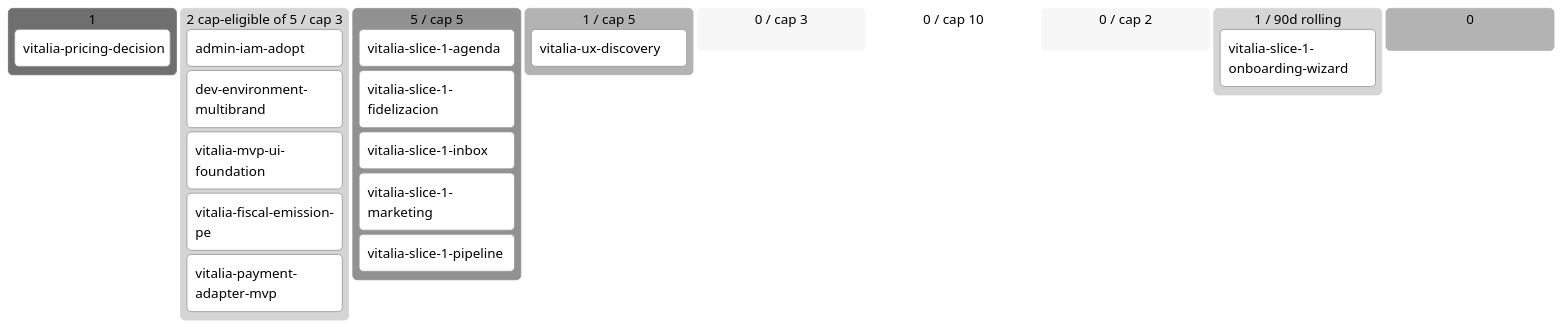
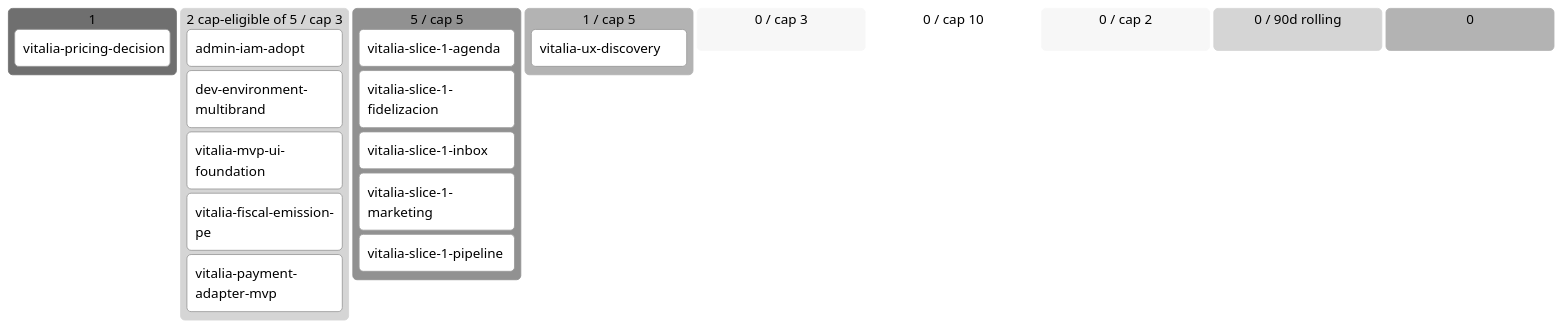
One commit to alpaca-purpura/luana-platform changed the diagram in vitalia/docs/product/BACKLOG.md. Above: the diagram before and after it, drawn with Mermaid (neutral theme). The commit also changed other lines of this file and 242 other files, not shown here.

````diff
--- a/vitalia/docs/product/BACKLOG.md
+++ b/vitalia/docs/product/BACKLOG.md
@@ -47,25 +47,24 @@
 ```mermaid
 kanban
   💡 Ideas (1)
     vitalia-pricing-decision[vitalia-pricing-decision]
   🔬 Refining (2 cap-eligible of 5 / cap 3)
     admin-iam-adopt[admin-iam-adopt]
     dev-environment-multibrand[dev-environment-multibrand]
     vitalia-mvp-ui-foundation[vitalia-mvp-ui-foundation]
     vitalia-fiscal-emission-pe[vitalia-fiscal-emission-pe]
     vitalia-payment-adapter-mvp[vitalia-payment-adapter-mvp]
   ✅ Refined (5 / cap 5)
     vitalia-slice-1-agenda[vitalia-slice-1-agenda]
     vitalia-slice-1-fidelizacion[vitalia-slice-1-fidelizacion]
     vitalia-slice-1-inbox[vitalia-slice-1-inbox]
     vitalia-slice-1-marketing[vitalia-slice-1-marketing]
     vitalia-slice-1-pipeline[vitalia-slice-1-pipeline]
   📦 Ready (1 / cap 5)
     vitalia-ux-discovery[vitalia-ux-discovery]
   🔨 Developing (0 / cap 3)
   🧪 Developed (0 / cap 10)
   🔍 Reviewing (0 / cap 2)
-  ✅ Done (1 / 90d rolling)
-    vitalia-slice-1-onboarding-wiz[vitalia-slice-1-onboarding-wizard]
+  ✅ Done (0 / 90d rolling)
   🅿 Parked (0)
 ```
````
